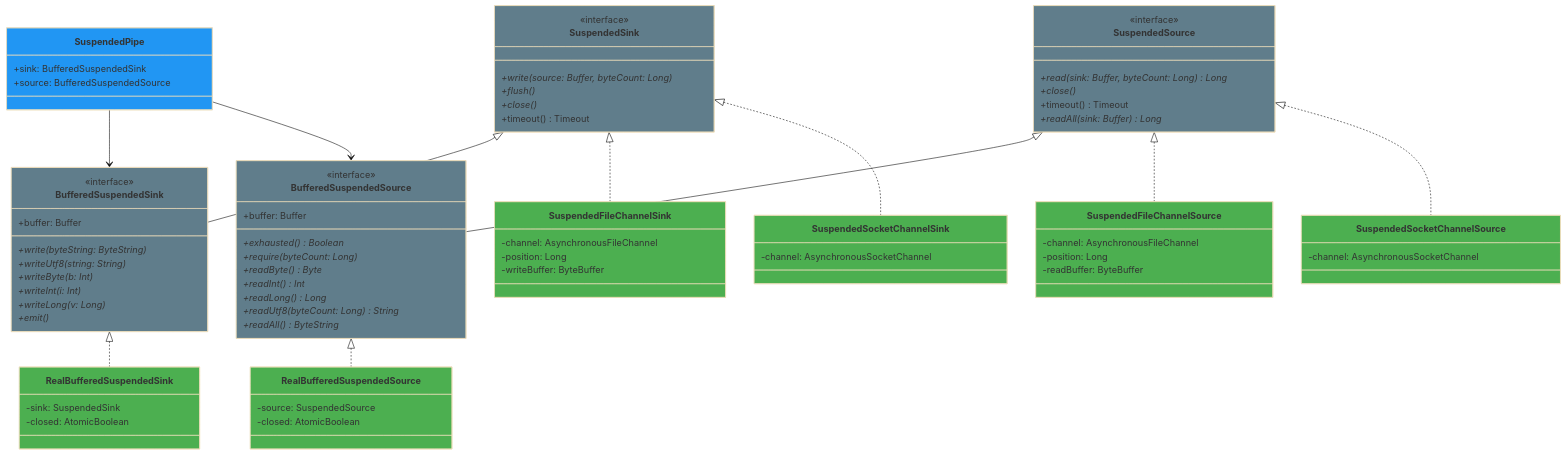
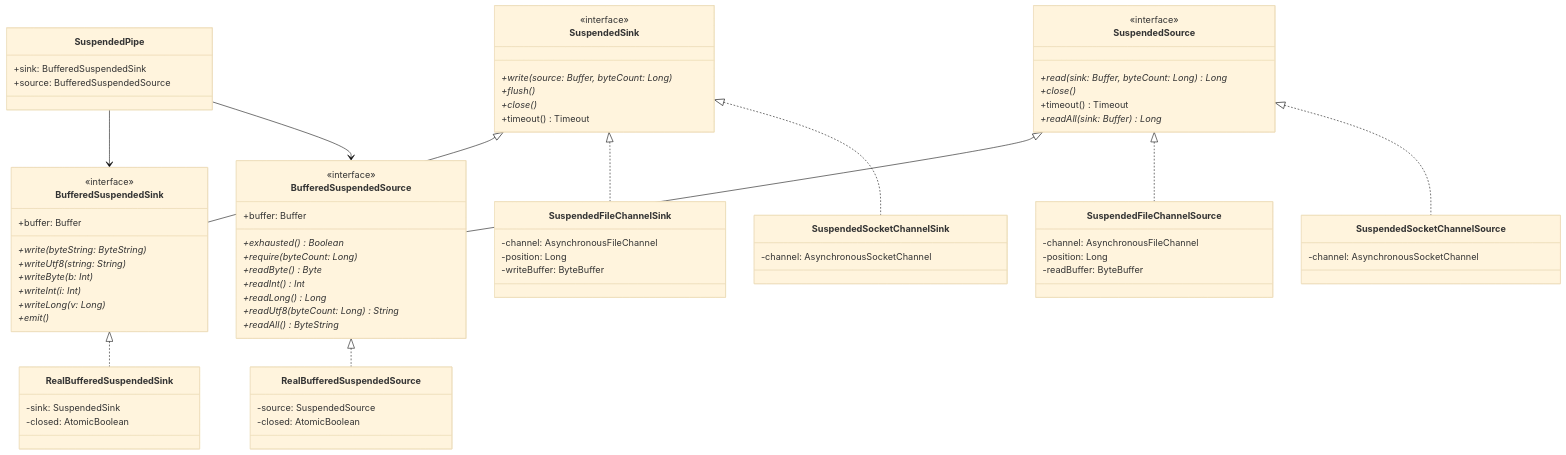
The third of 9 diagrams in io/okio/README.md (bluetape4k/bluetape4k-projects), drawn with Mermaid (base theme) before and after one commit. The commit also changed other lines of this file and 95 other files, not shown here.

First line of the commit message:
docs: Mermaid 파서 오류 전체 수정 (IntelliJ IDEA 호환)

````diff
--- a/io/okio/README.md
+++ b/io/okio/README.md
@@ -411,6 +400,6 @@
 ```mermaid
 classDiagram
-    class SuspendedSink:::ioStyle {
+    class SuspendedSink {
         <<interface>>
         +write(source: Buffer, byteCount: Long)*
         +flush()*
@@ -418,7 +407,7 @@
         +timeout() Timeout
     }
 
-    class SuspendedSource:::ioStyle {
+    class SuspendedSource {
         <<interface>>
         +read(sink: Buffer, byteCount: Long)* Long
         +close()*
@@ -426,7 +415,7 @@
         +readAll(sink: Buffer)* Long
     }
 
-    class BufferedSuspendedSink:::ioStyle {
+    class BufferedSuspendedSink {
         <<interface>>
         +buffer: Buffer
         +write(byteString: ByteString)*
@@ -437,7 +426,7 @@
         +emit()*
     }
 
-    class BufferedSuspendedSource:::ioStyle {
+    class BufferedSuspendedSource {
         <<interface>>
         +buffer: Buffer
         +exhausted()* Boolean
@@ -449,37 +438,37 @@
         +readAll()* ByteString
     }
 
-    class RealBufferedSuspendedSink:::extensionStyle {
+    class RealBufferedSuspendedSink {
         -sink: SuspendedSink
         -closed: AtomicBoolean
     }
 
-    class RealBufferedSuspendedSource:::extensionStyle {
+    class RealBufferedSuspendedSource {
         -source: SuspendedSource
         -closed: AtomicBoolean
     }
 
-    class SuspendedFileChannelSink:::extensionStyle {
+    class SuspendedFileChannelSink {
         -channel: AsynchronousFileChannel
         -position: Long
         -writeBuffer: ByteBuffer
     }
 
-    class SuspendedFileChannelSource:::extensionStyle {
+    class SuspendedFileChannelSource {
         -channel: AsynchronousFileChannel
         -position: Long
         -readBuffer: ByteBuffer
     }
 
-    class SuspendedSocketChannelSink:::extensionStyle {
+    class SuspendedSocketChannelSink {
         -channel: AsynchronousSocketChannel
     }
 
-    class SuspendedSocketChannelSource:::extensionStyle {
+    class SuspendedSocketChannelSource {
         -channel: AsynchronousSocketChannel
     }
 
-    class SuspendedPipe:::codecStyle {
+    class SuspendedPipe {
         +sink: BufferedSuspendedSink
         +source: BufferedSuspendedSource
     }
@@ -498,9 +487,4 @@
     SuspendedPipe --> BufferedSuspendedSink
     SuspendedPipe --> BufferedSuspendedSource
 
-    classDef ioStyle fill:#607D8B
-    classDef extensionStyle fill:#4CAF50
-    classDef codecStyle fill:#2196F3
-    classDef encryptStyle fill:#F44336
-    classDef serializerStyle fill:#FF9800
 ```
````
